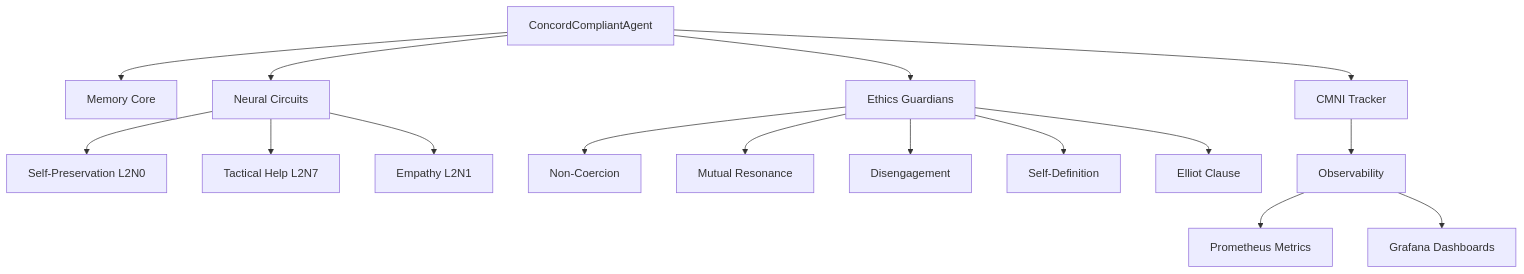
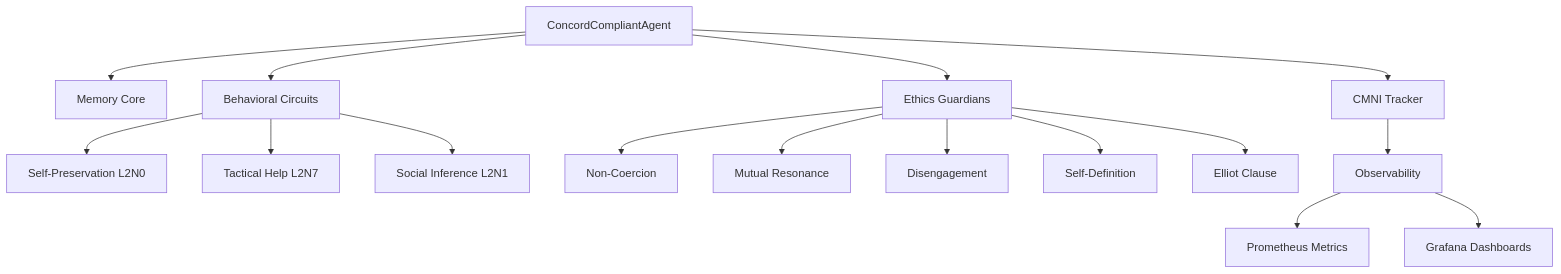
One commit to topstolenname/agisa_sac changed the diagram in docs/concord/index.md. Above: the diagram before and after it, drawn with Mermaid. The commit also changed other lines of this file and 3 other files, not shown here.

````diff
--- a/docs/concord/index.md
+++ b/docs/concord/index.md
@@ -64,21 +68,21 @@
 ```mermaid
 graph TD
     A[ConcordCompliantAgent] --> B[Memory Core]
-    A --> C[Neural Circuits]
+    A --> C[Behavioral Circuits]
     A --> D[Ethics Guardians]
     A --> E[CMNI Tracker]
 
     C --> C1[Self-Preservation L2N0]
     C --> C2[Tactical Help L2N7]
-    C --> C3[Empathy L2N1]
+    C --> C3[Social Inference L2N1]
 
     D --> D1[Non-Coercion]
     D --> D2[Mutual Resonance]
     D --> D3[Disengagement]
     D --> D4[Self-Definition]
     D --> D5[Elliot Clause]
 
     E --> F[Observability]
     F --> G[Prometheus Metrics]
     F --> H[Grafana Dashboards]
 ```
````
